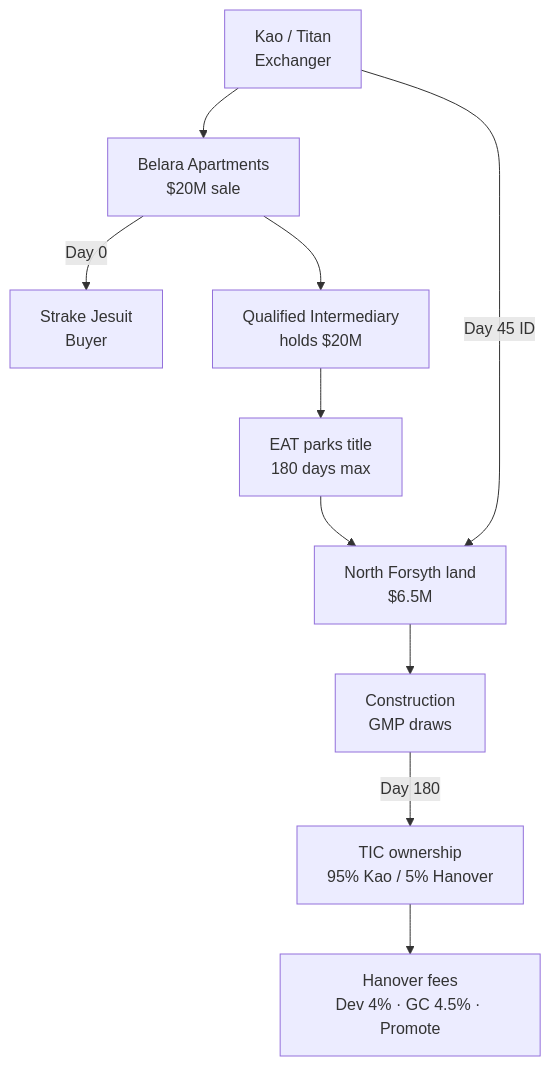
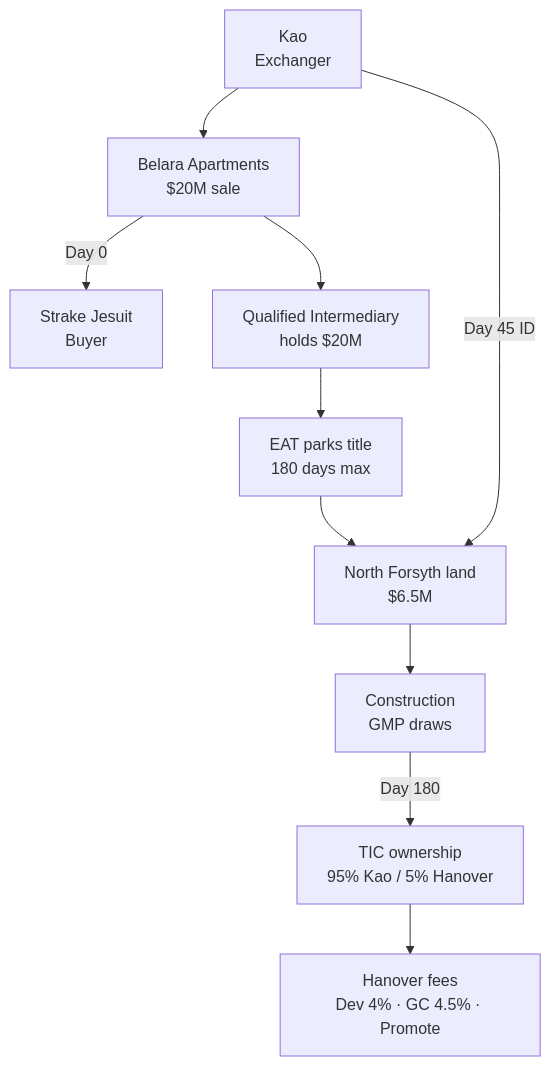
Before and after one commit to EthanCow/North-Forsyth-1031-Diagrams: the first of 5 diagrams in North_Forsyth_1031_Diagrams.md, drawn with Mermaid. The commit also changed other lines of this file and 2 other files, not shown here.

Commit message:
Rename Kao tab and add Key Terms definitions to overview.

````diff
--- a/North_Forsyth_1031_Diagrams.md
+++ b/North_Forsyth_1031_Diagrams.md
@@ -30,20 +45,20 @@
 ```mermaid
 flowchart TB
-    Kao["Kao / Titan\nExchanger"]
+    Kao["Kao\nExchanger"]
     Belara["Belara Apartments\n$20M sale"]
     Strake["Strake Jesuit\nBuyer"]
     QI["Qualified Intermediary\nholds $20M"]
     EAT["EAT parks title\n180 days max"]
     Land["North Forsyth land\n$6.5M"]
     Build["Construction\nGMP draws"]
     TIC["TIC ownership\n95% Kao / 5% Hanover"]
     Fees["Hanover fees\nDev 4% · GC 4.5% · Promote"]
 
     Kao --> Belara
     Belara -->|"Day 0"| Strake
     Belara --> QI
     QI --> EAT
     EAT --> Land --> Build -->|"Day 180"| TIC
     Kao -->|"Day 45 ID"| Land
     TIC --> Fees
 ```
````
